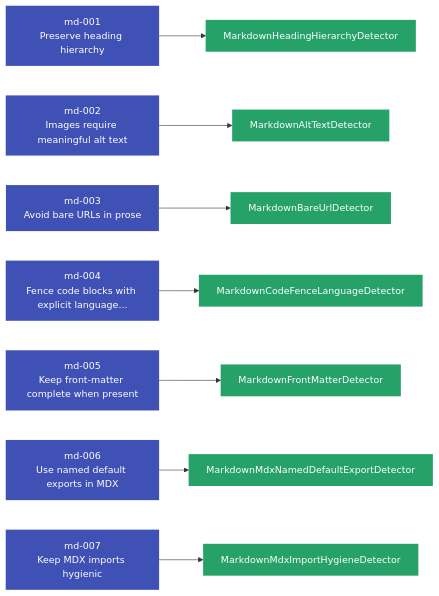
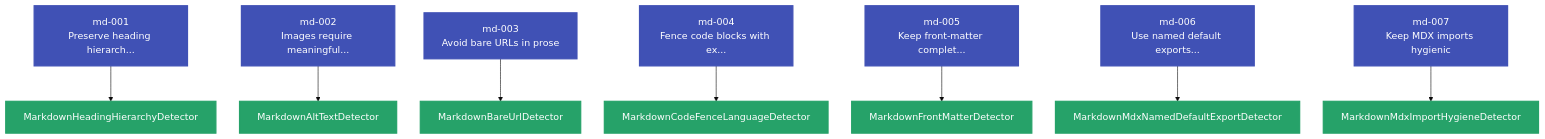
Before and after one commit to Anselmoo/mcp-zen-of-languages: the first of 4 diagrams in docs/user-guide/languages/markdown.md, drawn with Mermaid. The commit also changed other lines of this file and 20 other files, not shown here.

Commit message:
fix: improve Mermaid visualization - contrast, text overflow, new diagrams

````diff
--- a/docs/user-guide/languages/markdown.md
+++ b/docs/user-guide/languages/markdown.md
@@ -178,40 +178,41 @@
     ```mermaid
-    graph LR
-    md_001["md-001<br/>Preserve heading hierarchy"]
-    md_002["md-002<br/>Images require meaningful alt text"]
+%%{init: {"theme": "base", "flowchart": {"useMaxWidth": false, "htmlLabels": true, "nodeSpacing": 40, "rankSpacing": 60}}}%%
+    graph TD
+    md_001["md-001<br/>Preserve heading hierarch..."]
+    md_002["md-002<br/>Images require meaningful..."]
     md_003["md-003<br/>Avoid bare URLs in prose"]
-    md_004["md-004<br/>Fence code blocks with explicit language..."]
-    md_005["md-005<br/>Keep front-matter complete when present"]
-    md_006["md-006<br/>Use named default exports in MDX"]
+    md_004["md-004<br/>Fence code blocks with ex..."]
+    md_005["md-005<br/>Keep front-matter complet..."]
+    md_006["md-006<br/>Use named default exports..."]
     md_007["md-007<br/>Keep MDX imports hygienic"]
     det_MarkdownAltTextDetector["MarkdownAltTextDetector"]
     md_002 --> det_MarkdownAltTextDetector
     det_MarkdownBareUrlDetector["MarkdownBareUrlDetector"]
     md_003 --> det_MarkdownBareUrlDetector
     det_MarkdownCodeFenceLanguageDetector["MarkdownCodeFenceLanguageDetector"]
     md_004 --> det_MarkdownCodeFenceLanguageDetector
     det_MarkdownFrontMatterDetector["MarkdownFrontMatterDetector"]
     md_005 --> det_MarkdownFrontMatterDetector
     det_MarkdownHeadingHierarchyDetector["MarkdownHeadingHierarchyDetector"]
     md_001 --> det_MarkdownHeadingHierarchyDetector
     det_MarkdownMdxImportHygieneDetector["MarkdownMdxImportHygieneDetector"]
     md_007 --> det_MarkdownMdxImportHygieneDetector
     det_MarkdownMdxNamedDefaultExportDetector["MarkdownMdxNamedDefaultExportDetector"]
     md_006 --> det_MarkdownMdxNamedDefaultExportDetector
-    classDef principle fill:#4051b5,color:#fff,stroke:none
-    classDef detector fill:#26a269,color:#fff,stroke:none
+    classDef principle fill:#4051b5,color:#ffffff,stroke:#4051b5,stroke-width:2px
+    classDef detector fill:#26a269,color:#ffffff,stroke:#26a269,stroke-width:2px
     class md_001 principle
     class md_002 principle
     class md_003 principle
     class md_004 principle
     class md_005 principle
     class md_006 principle
     class md_007 principle
     class det_MarkdownAltTextDetector detector
     class det_MarkdownBareUrlDetector detector
     class det_MarkdownCodeFenceLanguageDetector detector
     class det_MarkdownFrontMatterDetector detector
     class det_MarkdownHeadingHierarchyDetector detector
     class det_MarkdownMdxImportHygieneDetector detector
     class det_MarkdownMdxNamedDefaultExportDetector detector
     ```
````
